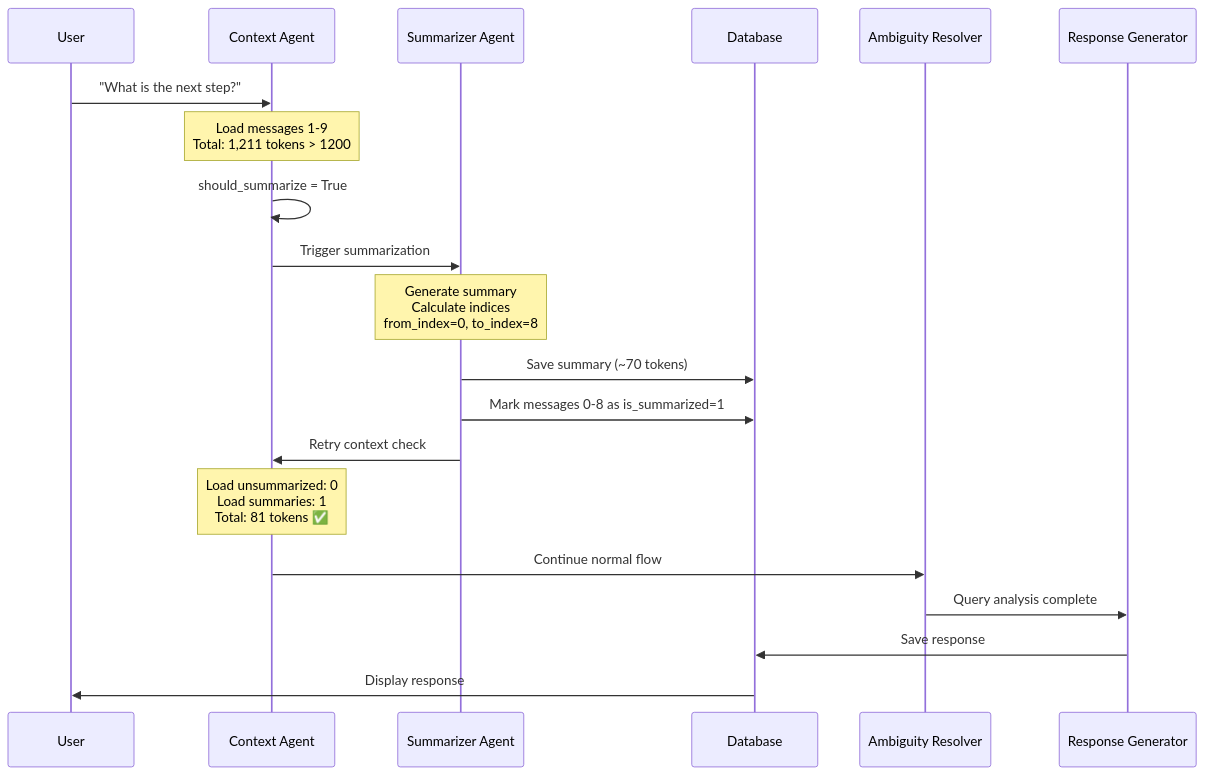
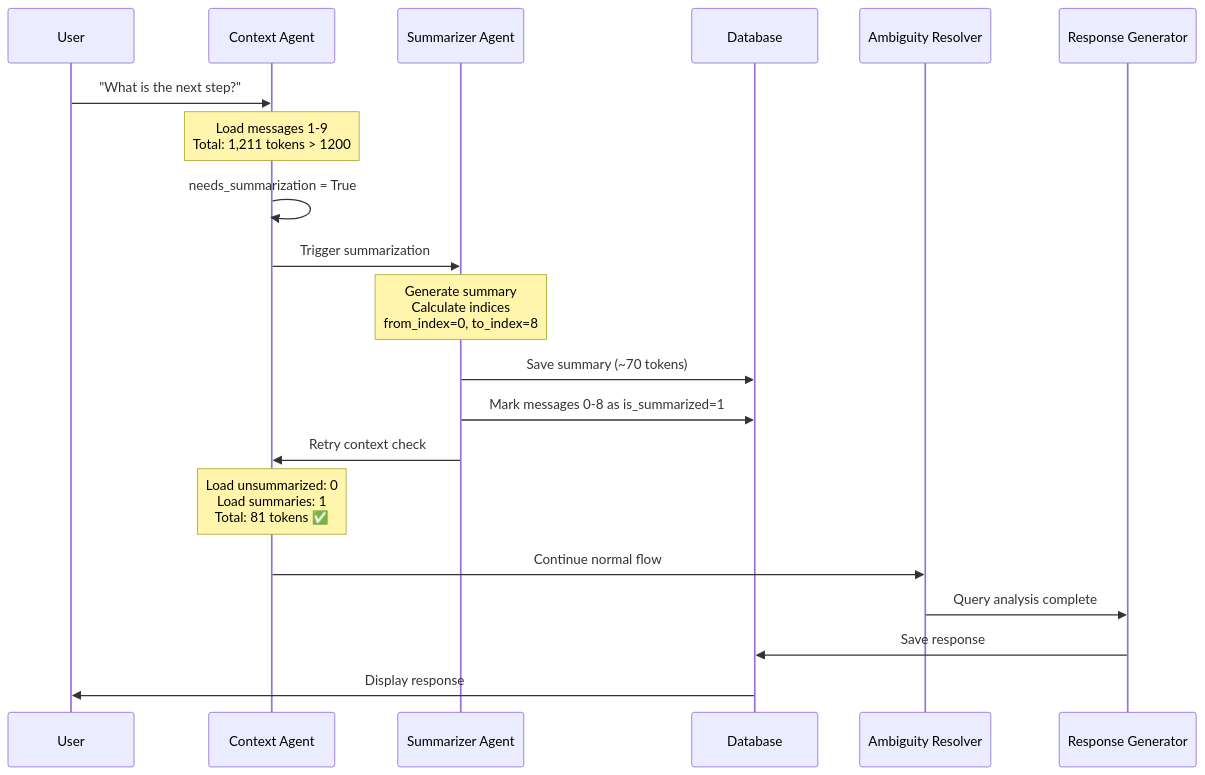
Before and after one commit to Ne4nf/Agent-Memory: the fourth of 4 diagrams in docs/ARCHITECTURE.md, drawn with Mermaid. The commit also changed other lines of this file and 6 other files, not shown here.

````diff
--- a/docs/ARCHITECTURE.md
+++ b/docs/ARCHITECTURE.md
@@ -436,23 +428,23 @@
 ```mermaid
 sequenceDiagram
     participant U as User
     participant C as Context Agent
     participant S as Summarizer Agent
     participant D as Database
     participant A as Ambiguity Resolver
     participant R as Response Generator
     
     U->>C: "What is the next step?"
     Note over C: Load messages 1-9<br/>Total: 1,211 tokens > 1200
-    C->>C: should_summarize = True
+    C->>C: needs_summarization = True
     C->>S: Trigger summarization
     Note over S: Generate summary<br/>Calculate indices<br/>from_index=0, to_index=8
     S->>D: Save summary (~70 tokens)
     S->>D: Mark messages 0-8 as is_summarized=1
     S->>C: Retry context check
     Note over C: Load unsummarized: 0<br/>Load summaries: 1<br/>Total: 81 tokens ✅
     C->>A: Continue normal flow
     A->>R: Query analysis complete
     R->>D: Save response
     D->>U: Display response
 ```
````
